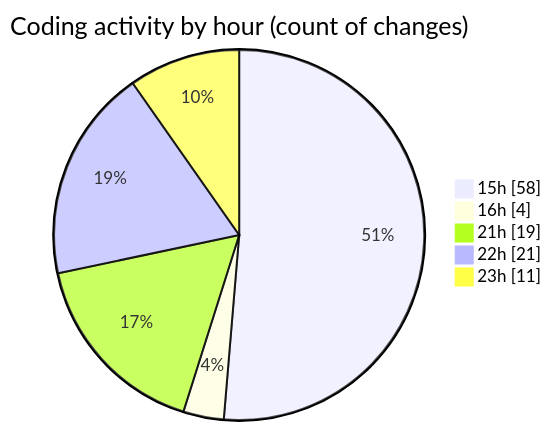
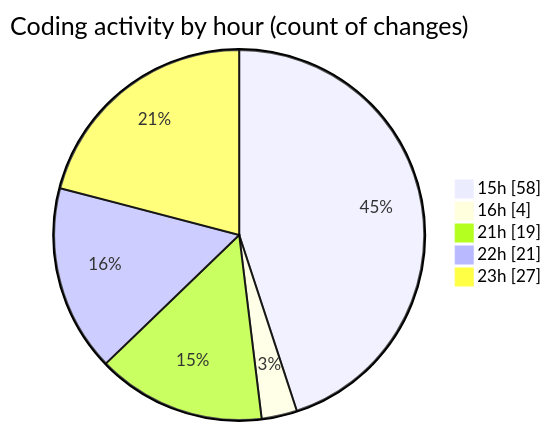
The second of 2 diagrams in 2026-01-22/cda-web-components/README.md (momahboobian/code-tracking), drawn with Mermaid before and after one commit. The commit also changed other lines of this file and 1 other file, not shown here.

````diff
--- a/2026-01-22/cda-web-components/README.md
+++ b/2026-01-22/cda-web-components/README.md
@@ -72,9 +72,9 @@
 ```mermaid
 pie showData
 title Coding activity by hour (count of changes)
 "15h" : 58
 "16h" : 4
 "21h" : 19
 "22h" : 21
-"23h" : 11
+"23h" : 27
 ```
````
